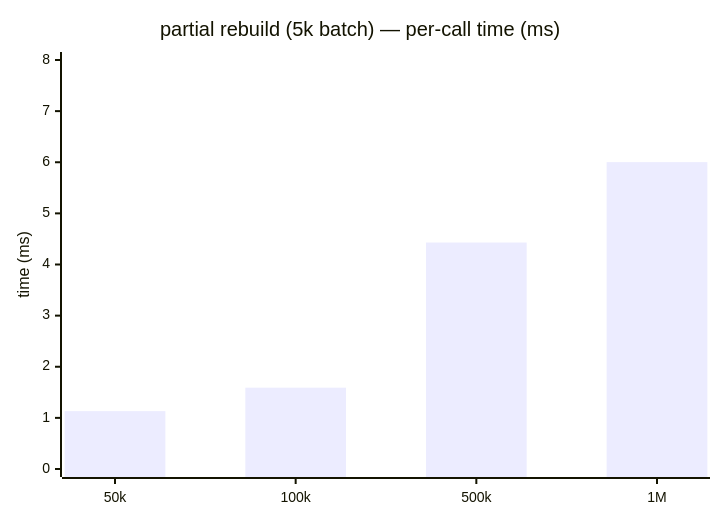
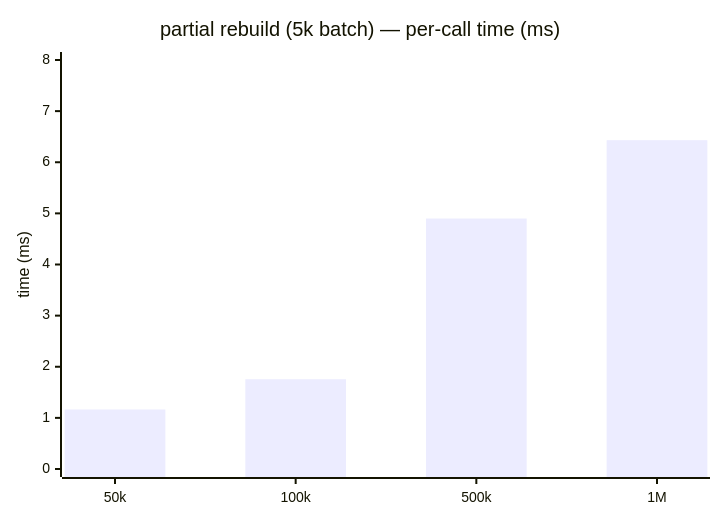
The first of 2 diagrams in docs/benchmark/rebuild.md (dch4o/copse), drawn with Mermaid before and after one commit. The commit also changed other lines of this file and 3 other files, not shown here.

````diff
--- a/docs/benchmark/rebuild.md
+++ b/docs/benchmark/rebuild.md
@@ -47,7 +47,7 @@
 ```mermaid
 xychart-beta
     title "partial rebuild (5k batch) — per-call time (ms)"
     x-axis [50k, 100k, 500k, 1M]
     y-axis "time (ms)" 0 --> 8
-    bar [1.132, 1.591, 4.430, 6.002]
+    bar [1.164, 1.756, 4.899, 6.432]
 ```
````
